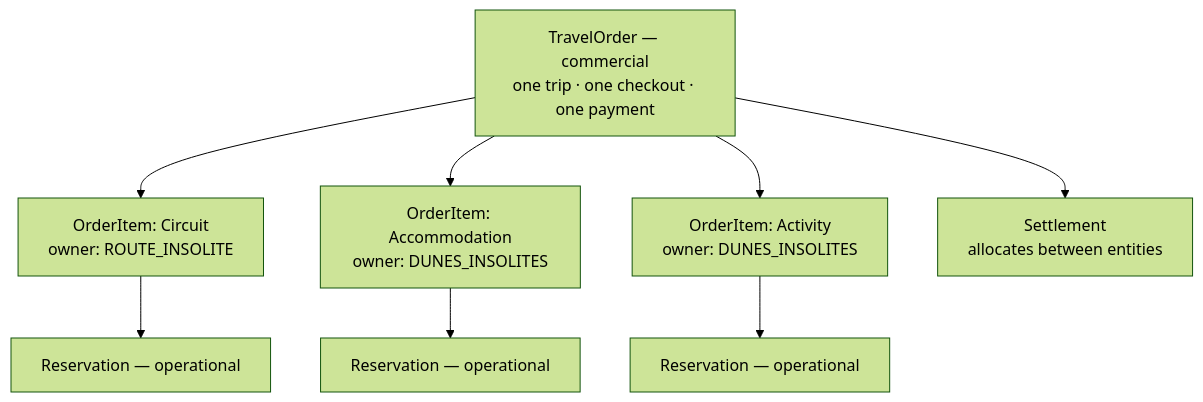
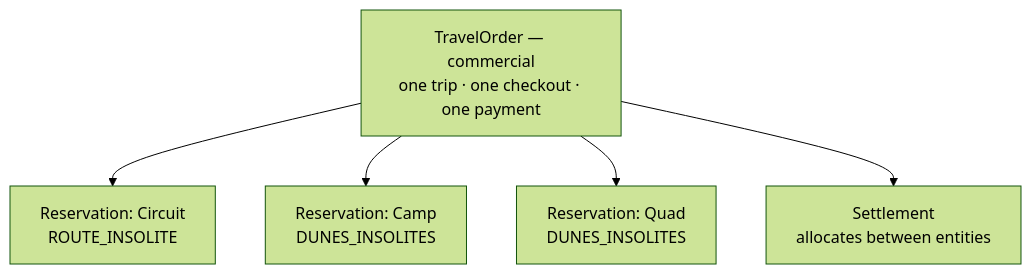
One commit to AbdouHanafy-dev/dunes-insolites changed the seventh of 8 diagrams in ARCHITECTURE.md. Above: the diagram before and after it, drawn with Mermaid (forest theme). The commit also changed other lines of this file and 6 other files, not shown here.

````diff
--- a/ARCHITECTURE.md
+++ b/ARCHITECTURE.md
@@ -538,16 +538,13 @@
 ```mermaid
 graph TD
     TO["TravelOrder — commercial<br/>one trip · one checkout · one payment"]
-    OI1["OrderItem: Circuit<br/>owner: ROUTE_INSOLITE"]
-    OI2["OrderItem: Accommodation<br/>owner: DUNES_INSOLITES"]
-    OI3["OrderItem: Activity<br/>owner: DUNES_INSOLITES"]
-    R1["Reservation — operational"]
-    R2["Reservation — operational"]
-    R3["Reservation — operational"]
+    R1["Reservation: Circuit<br/>ROUTE_INSOLITE"]
+    R2["Reservation: Camp<br/>DUNES_INSOLITES"]
+    R3["Reservation: Quad<br/>DUNES_INSOLITES"]
     SET["Settlement<br/>allocates between entities"]
 
-    TO --> OI1 --> R1
-    TO --> OI2 --> R2
-    TO --> OI3 --> R3
+    TO --> R1
+    TO --> R2
+    TO --> R3
     TO --> SET
 ```
````
